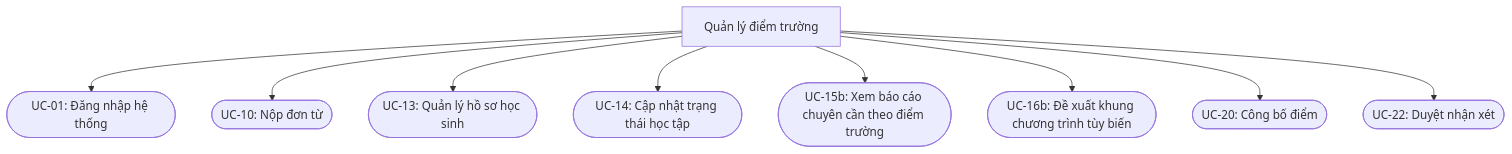
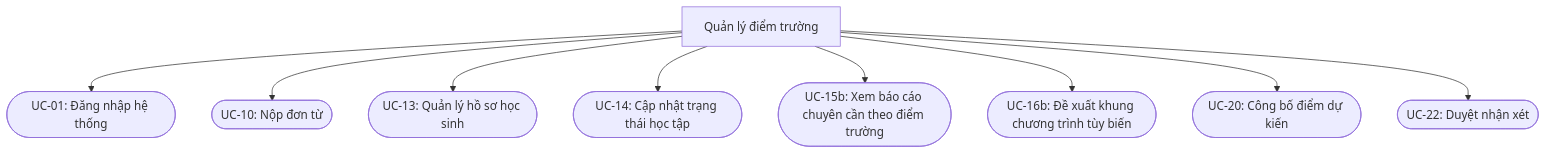
The diagram in docs/diagrams/usecase-actors/UseCase-QuanLyDiemTruong-Phan1.mmd (langtuananh2424/pps-education), drawn with Mermaid before and after one commit. The commit also changed 43 other files, not shown here.

```diff
--- a/docs/diagrams/usecase-actors/UseCase-QuanLyDiemTruong-Phan1.mmd
+++ b/docs/diagrams/usecase-actors/UseCase-QuanLyDiemTruong-Phan1.mmd
@@ -1,20 +1,20 @@
 graph TD
     QLDT[Quản lý điểm trường]
 
     UC01(["UC-01: Đăng nhập hệ thống"])
     UC10(["UC-10: Nộp đơn từ"])
     UC13(["UC-13: Quản lý hồ sơ học sinh"])
     UC14(["UC-14: Cập nhật trạng thái học tập"])
     UC15b(["UC-15b: Xem báo cáo chuyên cần theo điểm trường"])
     UC16b(["UC-16b: Đề xuất khung chương trình tùy biến"])
-    UC20(["UC-20: Công bố điểm"])
+    UC20(["UC-20: Công bố điểm dự kiến"])
     UC22(["UC-22: Duyệt nhận xét"])
 
     QLDT --> UC01
     QLDT --> UC10
     QLDT --> UC13
     QLDT --> UC14
     QLDT --> UC15b
     QLDT --> UC16b
     QLDT --> UC20
     QLDT --> UC22
```
